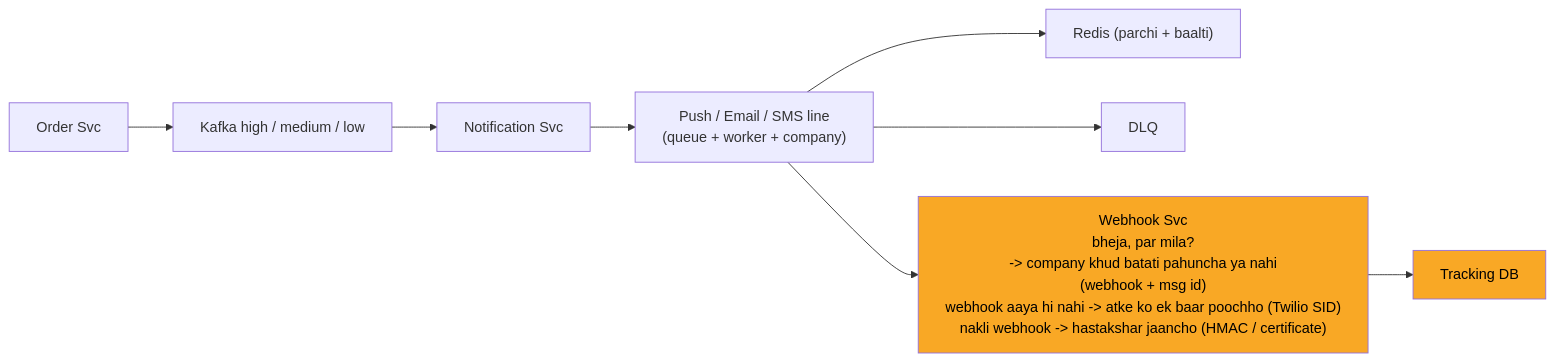
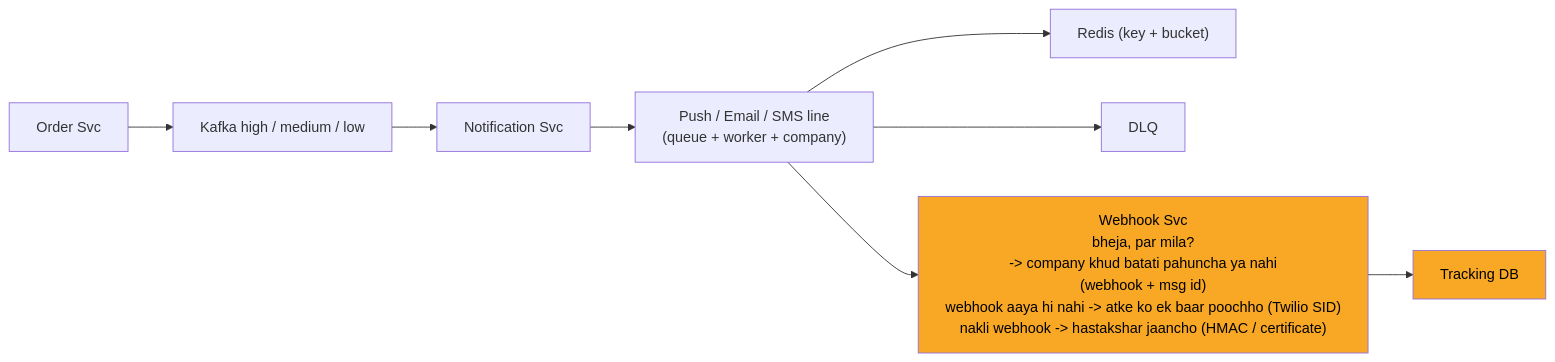
One commit to ArpanMaheshwari144/Prep changed the tenth of 13 diagrams in 04_HLD/SYSTEM_DESIGNS/04_notification_system/04_notification_system.md. Above: the diagram before and after it, drawn with Mermaid. The commit also changed other lines of this file and 12 other files, not shown here.

Commit message:
hld 14 file: upma hatayi (thaila/parchi/taar/diary/ghadi/baalti/fuse/register) -> seedha technical shabd

````diff
--- a/04_HLD/SYSTEM_DESIGNS/04_notification_system/04_notification_system.md
+++ b/04_HLD/SYSTEM_DESIGNS/04_notification_system/04_notification_system.md
@@ -405,21 +405,21 @@
 ```mermaid
 %%{init: {"flowchart": {"wrappingWidth": 450}}}%%
 flowchart LR
     n_Order_Svc["Order Svc"]
     n_Kafka["Kafka high / medium / low"]
     n_Notification_Svc["Notification Svc"]
     n_LINES["Push / Email / SMS line<br/>(queue + worker + company)"]
-    n_Redis["Redis (parchi + baalti)"]
+    n_Redis["Redis (key + bucket)"]
     n_DLQ["DLQ"]
     n_Webhook_Svc["Webhook Svc<br/>bheja, par mila?<br/>-> company khud batati pahuncha ya nahi<br/>(webhook + msg id)<br/>webhook aaya hi nahi -> atke ko ek baar poochho (Twilio SID)<br/>nakli webhook -> hastakshar jaancho (HMAC / certificate)"]
     n_Tracking_DB["Tracking DB"]
     n_Order_Svc --> n_Kafka
     n_Kafka --> n_Notification_Svc
     n_Notification_Svc --> n_LINES
     n_LINES --> n_Redis
     n_LINES --> n_DLQ
     n_LINES --> n_Webhook_Svc
     n_Webhook_Svc --> n_Tracking_DB
     style n_Webhook_Svc fill:#f9a825,color:#000
     style n_Tracking_DB fill:#f9a825,color:#000
 ```
````
